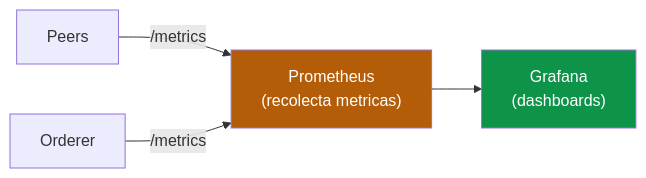
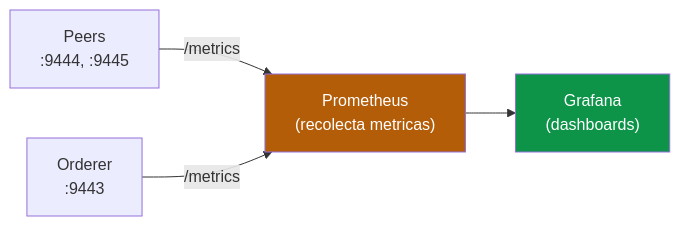
The fifth of 7 diagrams in docs/06-operaciones-administracion.md (jjnieto/fabric), drawn with Mermaid before and after one commit. The commit also changed other lines of this file, not shown here.

````diff
--- a/docs/06-operaciones-administracion.md
+++ b/docs/06-operaciones-administracion.md
@@ -294,9 +708,9 @@
 ```mermaid
 graph LR
-    P["Peers"] --> |"/metrics"| PROM["Prometheus<br/>(recolecta metricas)"]
-    O["Orderer"] --> |"/metrics"| PROM
+    P["Peers<br/>:9444, :9445"] --> |"/metrics"| PROM["Prometheus<br/>(recolecta metricas)"]
+    O["Orderer<br/>:9443"] --> |"/metrics"| PROM
     PROM --> GRAF["Grafana<br/>(dashboards)"]
 
     style PROM fill:#B45D09,color:#fff
     style GRAF fill:#0D9448,color:#fff
 ```
````
